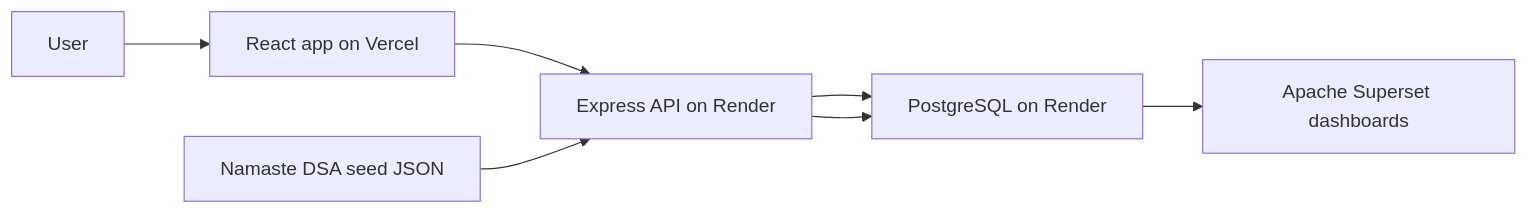
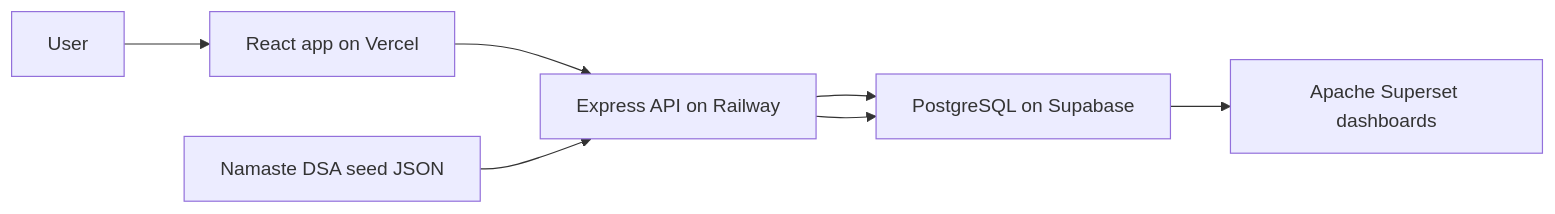
One commit to Rohanmond/progress-tracker changed the diagram in ai/architecture.md. Above: the diagram before and after it, drawn with Mermaid. The commit also changed other lines of this file and 10 other files, not shown here.

Commit message:
chore: migrate api deployment to railway

````diff
--- a/ai/architecture.md
+++ b/ai/architecture.md
@@ -5,9 +5,9 @@
 ```mermaid
 flowchart LR
   User["User"] --> Client["React app on Vercel"]
-  Client --> API["Express API on Render"]
-  API --> DB["PostgreSQL on Render"]
+  Client --> API["Express API on Railway"]
+  API --> DB["PostgreSQL on Supabase"]
   DB --> Superset["Apache Superset dashboards"]
   Seed["Namaste DSA seed JSON"] --> API
   API --> DB
 ```
````
